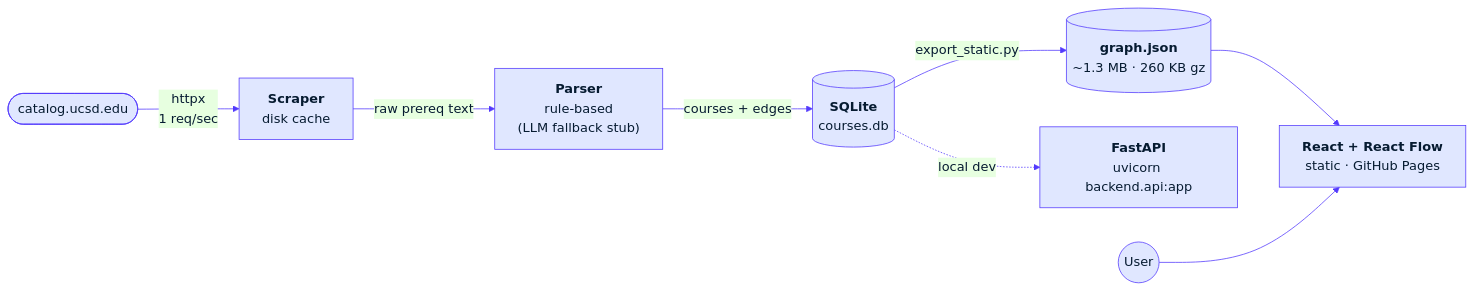
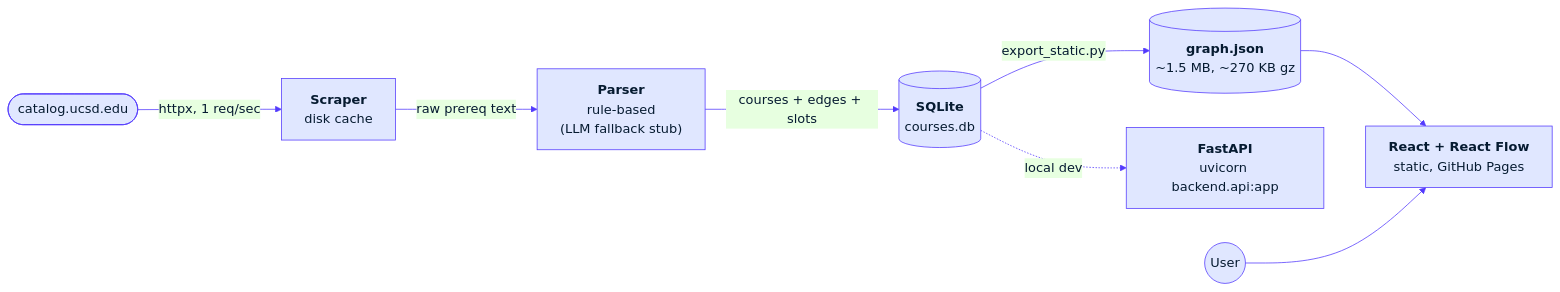
Before and after one commit to CuteSurtr/prereq-dependency: the diagram in README.md, drawn with Mermaid. The commit also changed other lines of this file, not shown here.

````diff
--- a/README.md
+++ b/README.md
@@ -10,24 +35,24 @@
 ```mermaid
 %%{init: {
   "theme": "base",
   "themeVariables": {
     "fontSize": "17px",
     "fontFamily": "Inter, -apple-system, system-ui, sans-serif",
     "primaryColor": "#e0e7ff",
     "primaryBorderColor": "#533afd",
     "primaryTextColor": "#061b31",
     "lineColor": "#533afd",
     "tertiaryColor": "#f6f9fc",
     "tertiaryBorderColor": "#b9b9f9"
   },
   "flowchart": { "nodeSpacing": 45, "rankSpacing": 55, "curve": "basis" }
 }}%%
 flowchart LR
-    Catalog(["catalog.ucsd.edu"]) -->|httpx<br/>1 req/sec| Scraper["<b>Scraper</b><br/>disk cache"]
+    Catalog(["catalog.ucsd.edu"]) -->|httpx, 1 req/sec| Scraper["<b>Scraper</b><br/>disk cache"]
     Scraper -->|raw prereq text| Parser["<b>Parser</b><br/>rule-based<br/>(LLM fallback stub)"]
-    Parser -->|courses + edges| DB[("<b>SQLite</b><br/>courses.db")]
-    DB -->|export_static.py| JSON[("<b>graph.json</b><br/>~1.3 MB · 260 KB gz")]
-    JSON --> FE["<b>React + React Flow</b><br/>static · GitHub Pages"]
+    Parser -->|courses + edges + slots| DB[("<b>SQLite</b><br/>courses.db")]
+    DB -->|export_static.py| JSON[("<b>graph.json</b><br/>~1.5 MB, ~270 KB gz")]
+    JSON --> FE["<b>React + React Flow</b><br/>static, GitHub Pages"]
     DB -.->|local dev| API["<b>FastAPI</b><br/>uvicorn backend.api:app"]
     User((User)) --> FE
 ```
````
